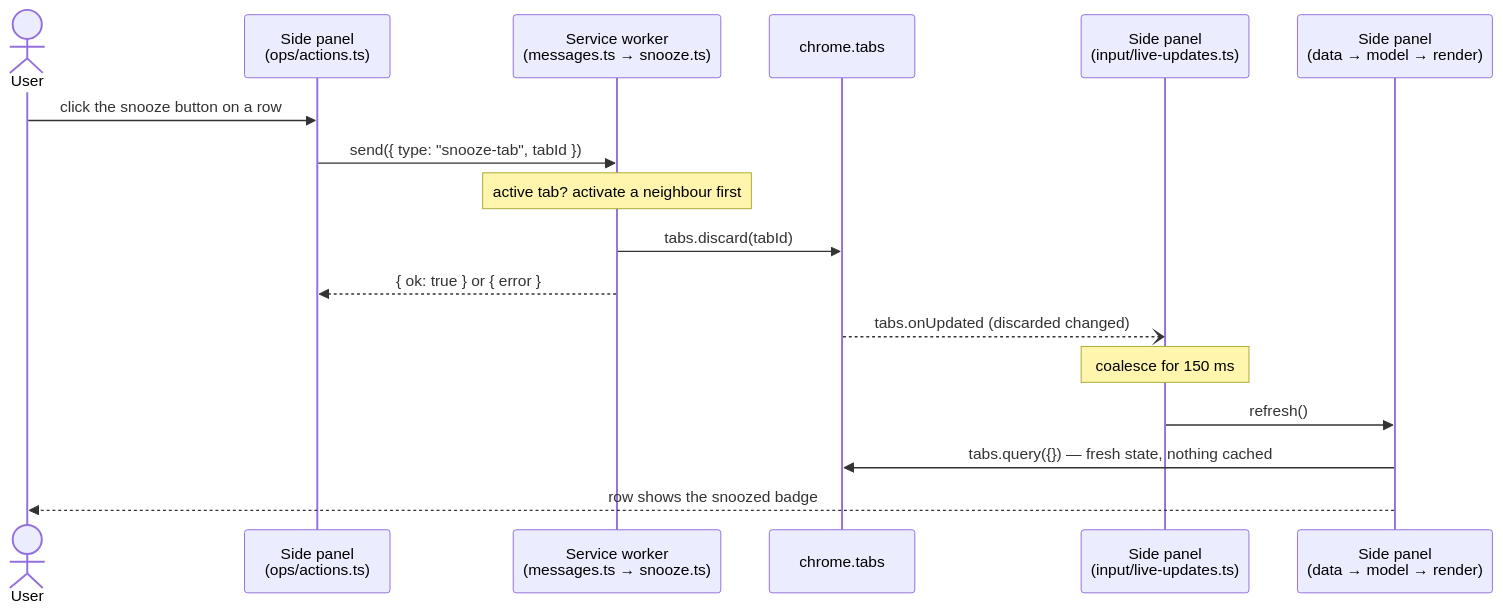
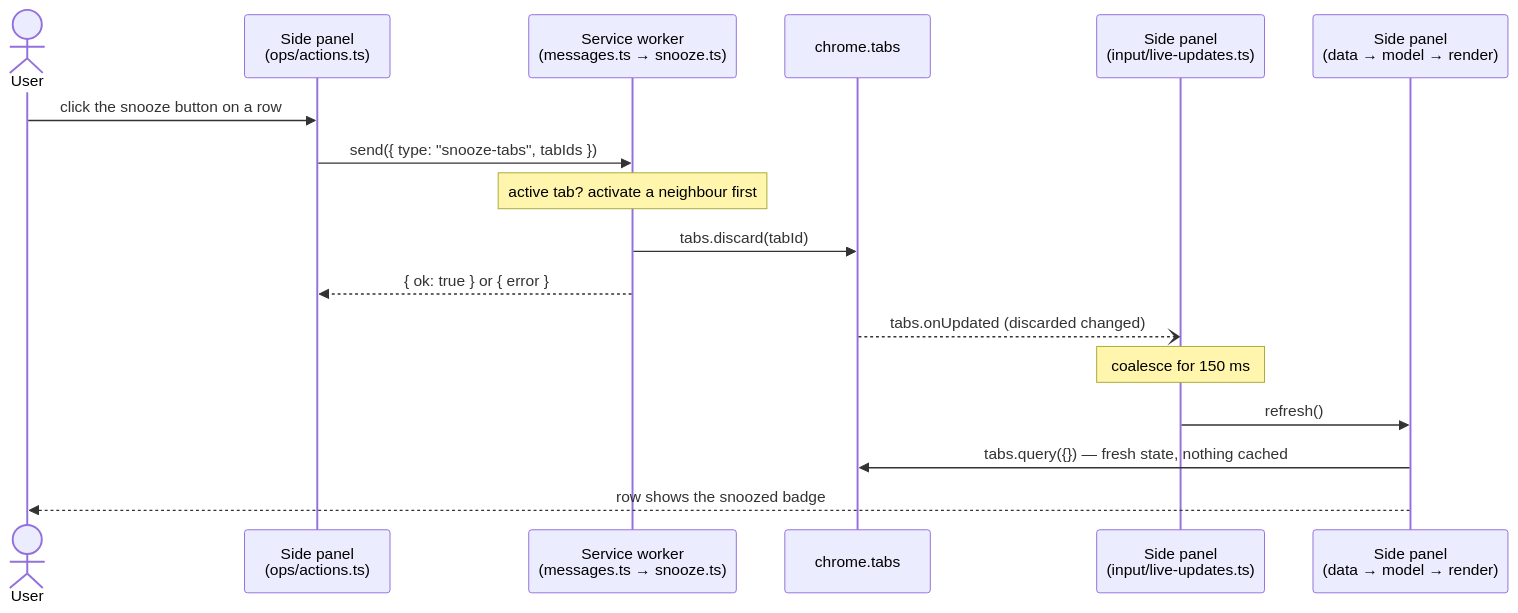
Before and after one commit to ariva/taboom-extension: the second of 2 diagrams in docs/ARCHITECTURE.md, drawn with Mermaid. The commit also changed other lines of this file and 11 other files, not shown here.

First line of the commit message:
perf: panel per-render cost: window sort ranked once, tag matching parsed once per tab, one message per bulk snooze (T-0137)

````diff
--- a/docs/ARCHITECTURE.md
+++ b/docs/ARCHITECTURE.md
@@ -168,20 +168,20 @@
 ```mermaid
 sequenceDiagram
   actor User
   participant Panel as Side panel<br/>(ops/actions.ts)
   participant Worker as Service worker<br/>(messages.ts → snooze.ts)
   participant Chrome as chrome.tabs
   participant Live as Side panel<br/>(input/live-updates.ts)
   participant Render as Side panel<br/>(data → model → render)
 
   User->>Panel: click the snooze button on a row
-  Panel->>Worker: send({ type: "snooze-tab", tabId })
+  Panel->>Worker: send({ type: "snooze-tabs", tabIds })
   Note over Worker: active tab? activate a neighbour first
   Worker->>Chrome: tabs.discard(tabId)
   Worker-->>Panel: { ok: true } or { error }
   Chrome--)Live: tabs.onUpdated (discarded changed)
   Note over Live: coalesce for 150 ms
   Live->>Render: refresh()
   Render->>Chrome: tabs.query({}) — fresh state, nothing cached
   Render-->>User: row shows the snoozed badge
 ```
````
